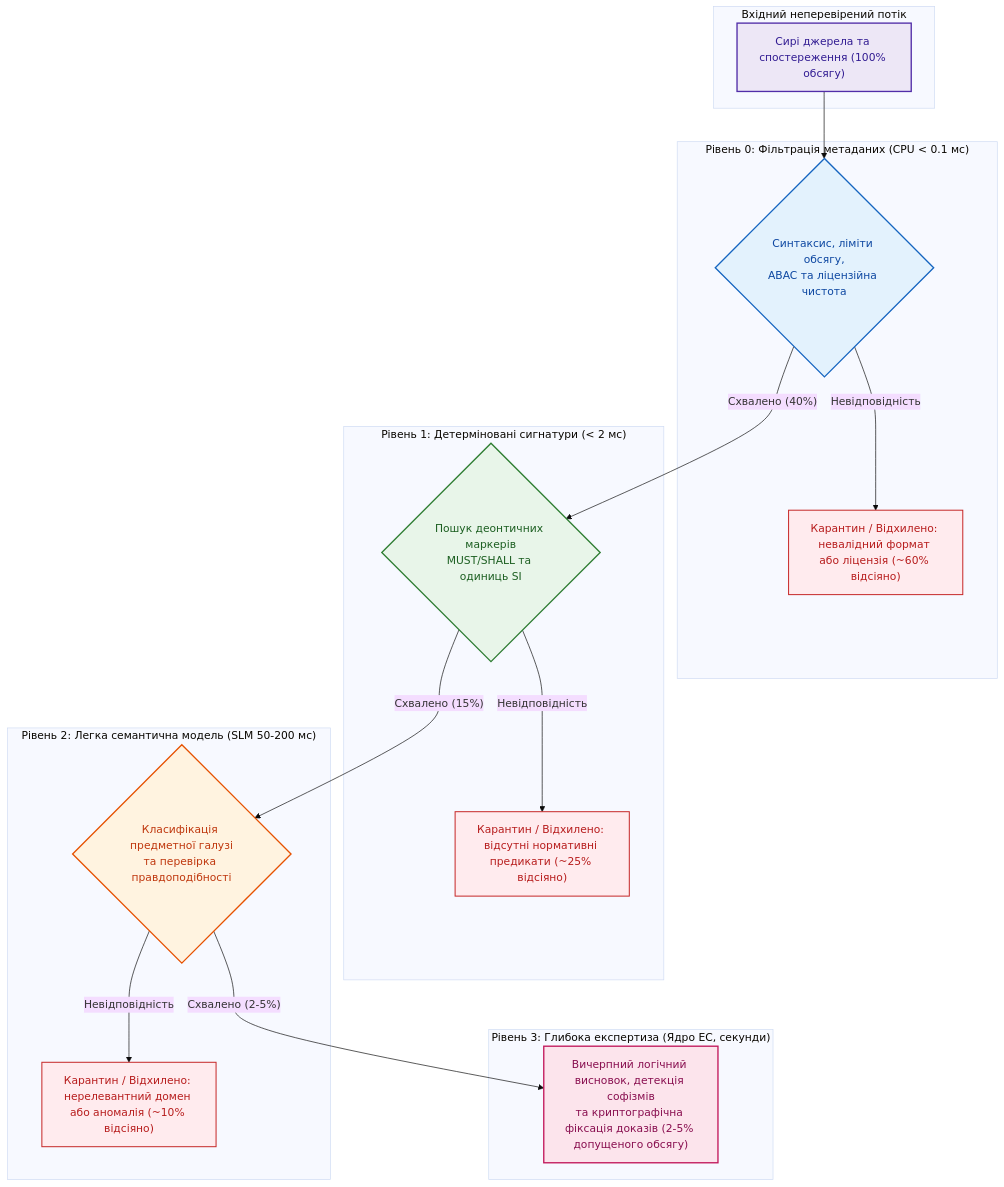
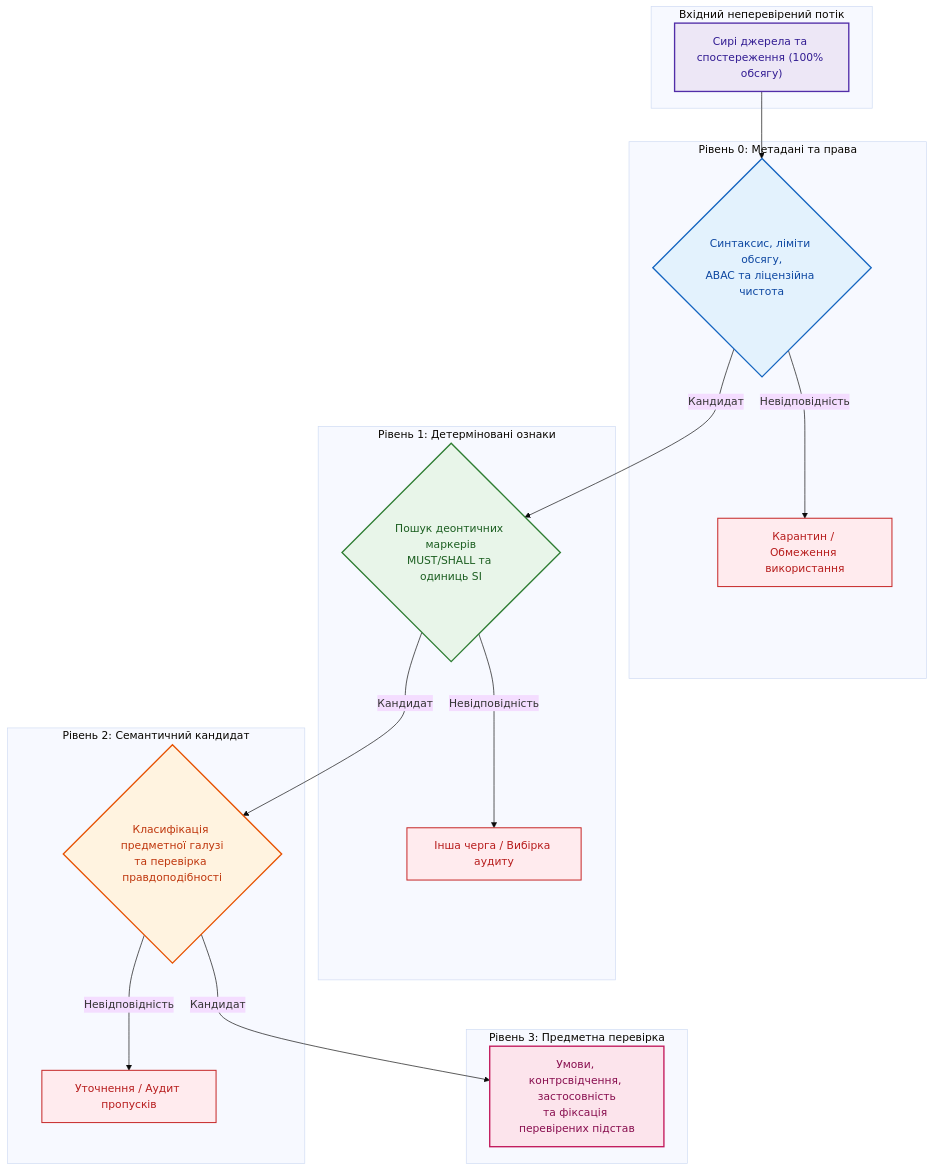
Before and after one commit to nick-fedchik/articles: the sixth of 6 diagrams in ExpertSystem/ch37-input-information-assessment-and-algorithmic-skepticism.md, drawn with Mermaid (base theme). The commit also changed other lines of this file and 7 other files, not shown here.

````diff
--- a/ExpertSystem/ch37-input-information-assessment-and-algorithmic-skepticism.md
+++ b/ExpertSystem/ch37-input-information-assessment-and-algorithmic-skepticism.md
@@ -777,52 +960,52 @@
 ```mermaid
 flowchart TD
     accTitle: Каскадна воронка попереднього відсіювання Fail-Early
     accDescr: Чотирирівнева архітектура попереднього відсіювання вхідних потоків для збереження обчислювального бюджету експертної системи.
 
     subgraph INGRESS["Вхідний неперевірений потік"]
         RAW["Сирі джерела та спостереження (100% обсягу)"]
     end
 
-    subgraph TIER0["Рівень 0: Фільтрація метаданих (CPU < 0.1 мс)"]
+    subgraph TIER0["Рівень 0: Метадані та права"]
         F0{"Синтаксис, ліміти обсягу,<br/>ABAC та ліцензійна чистота"}
-        DROP0["Карантин / Відхилено: невалідний формат або ліцензія (~60% відсіяно)"]
+        DROP0["Карантин / Обмеження використання"]
     end
 
-    subgraph TIER1["Рівень 1: Детерміновані сигнатури (< 2 мс)"]
+    subgraph TIER1["Рівень 1: Детерміновані ознаки"]
         F1{"Пошук деонтичних маркерів<br/>MUST/SHALL та одиниць SI"}
-        DROP1["Карантин / Відхилено: відсутні нормативні предикати (~25% відсіяно)"]
+        DROP1["Інша черга / Вибірка аудиту"]
     end
 
-    subgraph TIER2["Рівень 2: Легка семантична модель (SLM 50-200 мс)"]
+    subgraph TIER2["Рівень 2: Семантичний кандидат"]
         F2{"Класифікація предметної галузі<br/>та перевірка правдоподібності"}
-        DROP2["Карантин / Відхилено: нерелевантний домен або аномалія (~10% відсіяно)"]
+        DROP2["Уточнення / Аудит пропусків"]
     end
 
-    subgraph TIER3["Рівень 3: Глибока експертиза (Ядро ЕС, секунди)"]
-        CORE["Вичерпний логічний висновок, детекція софізмів<br/>та криптографічна фіксація доказів (2-5% допущеного обсягу)"]
+    subgraph TIER3["Рівень 3: Предметна перевірка"]
+        CORE["Умови, контрсвідчення, застосовність<br/>та фіксація перевірених підстав"]
     end
 
     RAW --> F0
     F0 -->|"Невідповідність"| DROP0
-    F0 -->|"Схвалено (40%)"| F1
+    F0 -->|"Кандидат"| F1
 
     F1 -->|"Невідповідність"| DROP1
-    F1 -->|"Схвалено (15%)"| F2
+    F1 -->|"Кандидат"| F2
 
     F2 -->|"Невідповідність"| DROP2
-    F2 -->|"Схвалено (2-5%)"| CORE
+    F2 -->|"Кандидат"| CORE
 
     classDef ingress fill:#ede7f6,stroke:#512da8,stroke-width:2px,color:#311b92;
     classDef t0 fill:#e3f2fd,stroke:#1565c0,stroke-width:2px,color:#0d47a1;
     classDef t1 fill:#e8f5e9,stroke:#2e7d32,stroke-width:2px,color:#1b5e20;
     classDef t2 fill:#fff3e0,stroke:#e65100,stroke-width:2px,color:#bf360c;
     classDef t3 fill:#fce4ec,stroke:#c2185b,stroke-width:2px,color:#880e4f;
     classDef dropStyle fill:#ffebee,stroke:#c62828,stroke-width:1.5px,color:#b71c1c;
 
     class RAW ingress;
     class F0 t0;
     class F1 t1;
     class F2 t2;
     class CORE t3;
     class DROP0,DROP1,DROP2 dropStyle;
 ```
````
